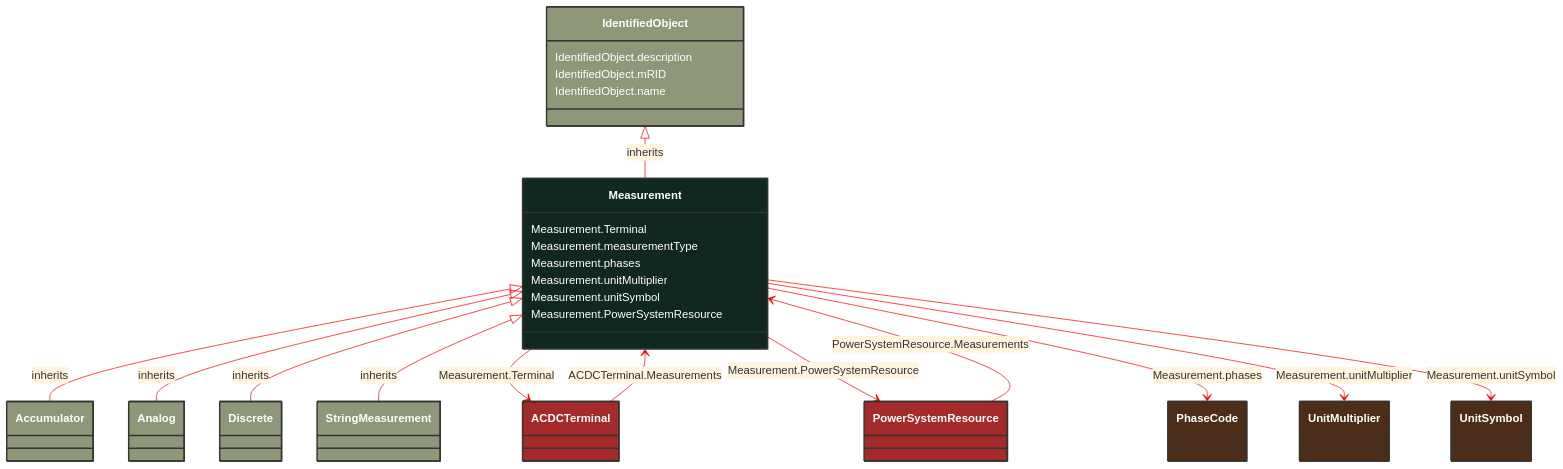
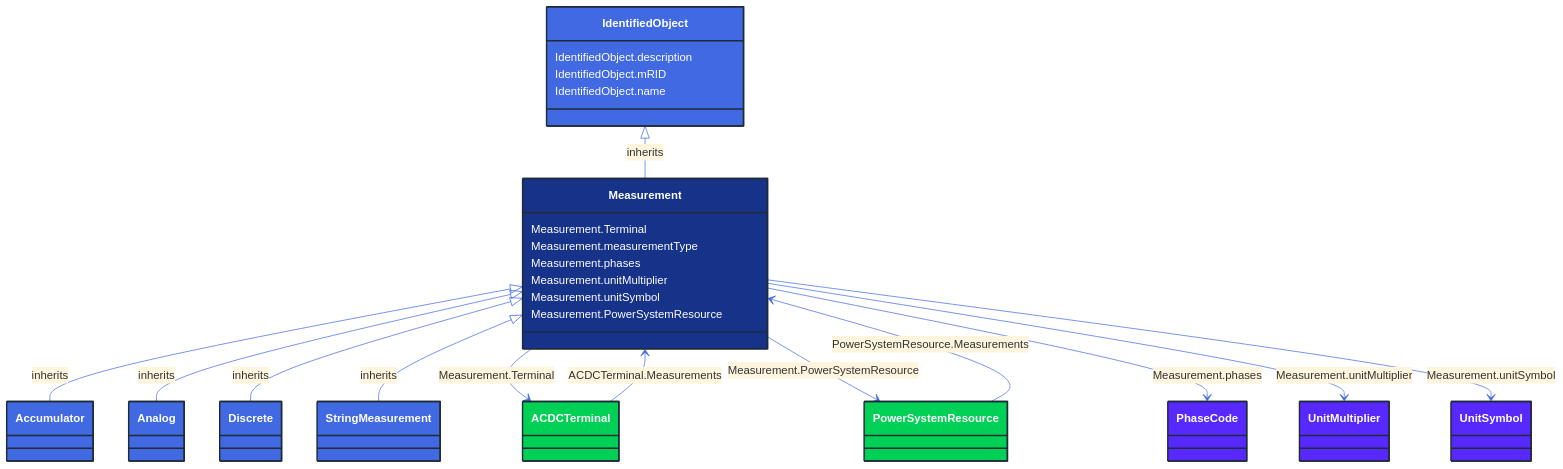
One commit to 3lbits/NoCIMExtensions changed the diagram in docs/Models/Profiles/Operation/AbstractClasses/Measurement.md. Above: the diagram before and after it, drawn with Mermaid. The commit also changed 362 other files, not shown here.

First line of the commit message:
Update diagrams and styles for improved visual consistency

````diff
--- a/docs/Models/Profiles/Operation/AbstractClasses/Measurement.md
+++ b/docs/Models/Profiles/Operation/AbstractClasses/Measurement.md
@@ -14,76 +14,76 @@
 ```mermaid
-%%{init: {'theme':'base','themeVariables': {'lineColor': '#FF0000'}}}%%
+%%{init: {'theme':'base','themeVariables': {'lineColor': '#4169E1'}}}%%
 classDiagram
     class Measurement
     click Measurement href "/Models/Profiles/Operation/AbstractClasses/Measurement/"
-    style Measurement fill:#102820,stroke:#333,stroke-width:2px,rx:10,ry:10,color:white
+    style Measurement fill:#163289,stroke:#1F2A37,stroke-width:2px,rx:10,ry:10,color:white
 
         Measurement <|-- Accumulator : inherits
 
         Accumulator
             click Accumulator href "/Models/Profiles/Operation/ConcreteClasses/Accumulator/"
-            style Accumulator fill:#8F9779,stroke:#333,stroke-width:2px,rx:10,ry:10,color:white
+            style Accumulator fill:#4169E1,stroke:#1F2A37,stroke-width:2px,rx:10,ry:10,color:white
 
         Measurement <|-- Analog : inherits
 
         Analog
             click Analog href "/Models/Profiles/Operation/ConcreteClasses/Analog/"
-            style Analog fill:#8F9779,stroke:#333,stroke-width:2px,rx:10,ry:10,color:white
+            style Analog fill:#4169E1,stroke:#1F2A37,stroke-width:2px,rx:10,ry:10,color:white
 
         Measurement <|-- Discrete : inherits
 
         Discrete
             click Discrete href "/Models/Profiles/Operation/ConcreteClasses/Discrete/"
-            style Discrete fill:#8F9779,stroke:#333,stroke-width:2px,rx:10,ry:10,color:white
+            style Discrete fill:#4169E1,stroke:#1F2A37,stroke-width:2px,rx:10,ry:10,color:white
 
         Measurement <|-- StringMeasurement : inherits
 
         StringMeasurement
             click StringMeasurement href "/Models/Profiles/Operation/ConcreteClasses/StringMeasurement/"
-            style StringMeasurement fill:#8F9779,stroke:#333,stroke-width:2px,rx:10,ry:10,color:white
+            style StringMeasurement fill:#4169E1,stroke:#1F2A37,stroke-width:2px,rx:10,ry:10,color:white
      
         IdentifiedObject <|-- Measurement : inherits
             click IdentifiedObject href "/Models/Profiles/Operation/AbstractClasses/IdentifiedObject/"
-            style IdentifiedObject fill:#8F9779,stroke:#333,stroke-width:2px,rx:10,ry:10,color:white
+            style IdentifiedObject fill:#4169E1,stroke:#1F2A37,stroke-width:2px,rx:10,ry:10,color:white
 
         Measurement --> ACDCTerminal : Measurement.Terminal
 
         ACDCTerminal
             click ACDCTerminal href "/Models/Profiles/Operation/AbstractClasses/ACDCTerminal/"
-            style ACDCTerminal fill:#A52A2A,stroke:#333,stroke-width:2px,rx:10,ry:10,color:white
+            style ACDCTerminal fill:#00D156,stroke:#1F2A37,stroke-width:2px,rx:10,ry:10,color:white
         Measurement --> PowerSystemResource : Measurement.PowerSystemResource
 
         PowerSystemResource
             click PowerSystemResource href "/Models/Profiles/Operation/AbstractClasses/PowerSystemResource/"
-            style PowerSystemResource fill:#A52A2A,stroke:#333,stroke-width:2px,rx:10,ry:10,color:white
+            style PowerSystemResource fill:#00D156,stroke:#1F2A37,stroke-width:2px,rx:10,ry:10,color:white
 
         ACDCTerminal --> Measurement : ACDCTerminal.Measurements
 
         ACDCTerminal
             click ACDCTerminal href "/Models/Profiles/Operation/AbstractClasses/ACDCTerminal/"
-            style ACDCTerminal fill:#A52A2A,stroke:#333,stroke-width:2px,rx:10,ry:10,color:white
+            style ACDCTerminal fill:#00D156,stroke:#1F2A37,stroke-width:2px,rx:10,ry:10,color:white
 
         PowerSystemResource --> Measurement : PowerSystemResource.Measurements
 
         PowerSystemResource
             click PowerSystemResource href "/Models/Profiles/Operation/AbstractClasses/PowerSystemResource/"
-            style PowerSystemResource fill:#A52A2A,stroke:#333,stroke-width:2px,rx:10,ry:10,color:white
+            style PowerSystemResource fill:#00D156,stroke:#1F2A37,stroke-width:2px,rx:10,ry:10,color:white
 
         Measurement --> PhaseCode : Measurement.phases
 
         PhaseCode
             click PhaseCode href "/Models/Profiles/Operation/Enumerations/PhaseCode/"
-            style PhaseCode fill:#4D2D18,stroke:#333,stroke-width:2px,rx:10,ry:10,color:white
+            style PhaseCode fill:#5729FF,stroke:#1F2A37,stroke-width:2px,rx:10,ry:10,color:white
         Measurement --> UnitMultiplier : Measurement.unitMultiplier
 
         UnitMultiplier
             click UnitMultiplier href "/Models/Profiles/Operation/Enumerations/UnitMultiplier/"
-            style UnitMultiplier fill:#4D2D18,stroke:#333,stroke-width:2px,rx:10,ry:10,color:white
+            style UnitMultiplier fill:#5729FF,stroke:#1F2A37,stroke-width:2px,rx:10,ry:10,color:white
         Measurement --> UnitSymbol : Measurement.unitSymbol
 
         UnitSymbol
             click UnitSymbol href "/Models/Profiles/Operation/Enumerations/UnitSymbol/"
-            style UnitSymbol fill:#4D2D18,stroke:#333,stroke-width:2px,rx:10,ry:10,color:white
+            style UnitSymbol fill:#5729FF,stroke:#1F2A37,stroke-width:2px,rx:10,ry:10,color:white
 
         Measurement : Measurement.Terminal
         Measurement : Measurement.measurementType
````
